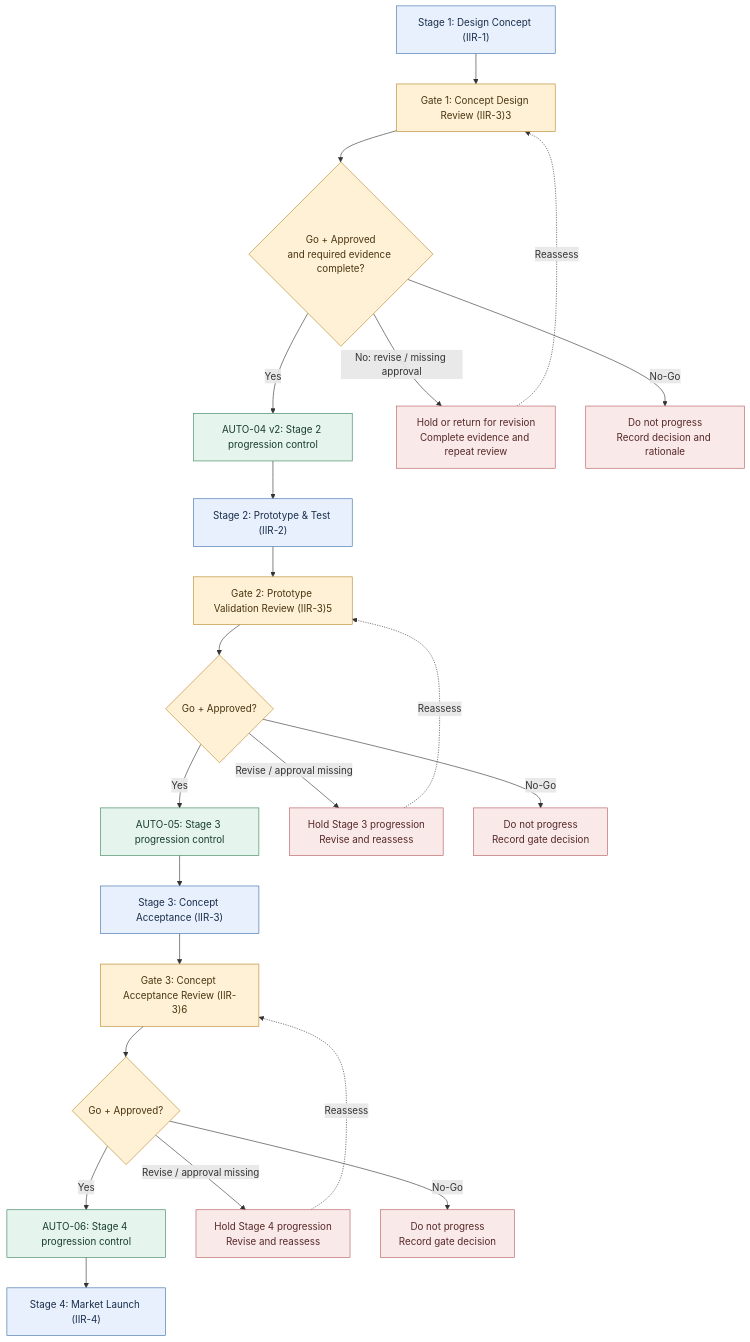
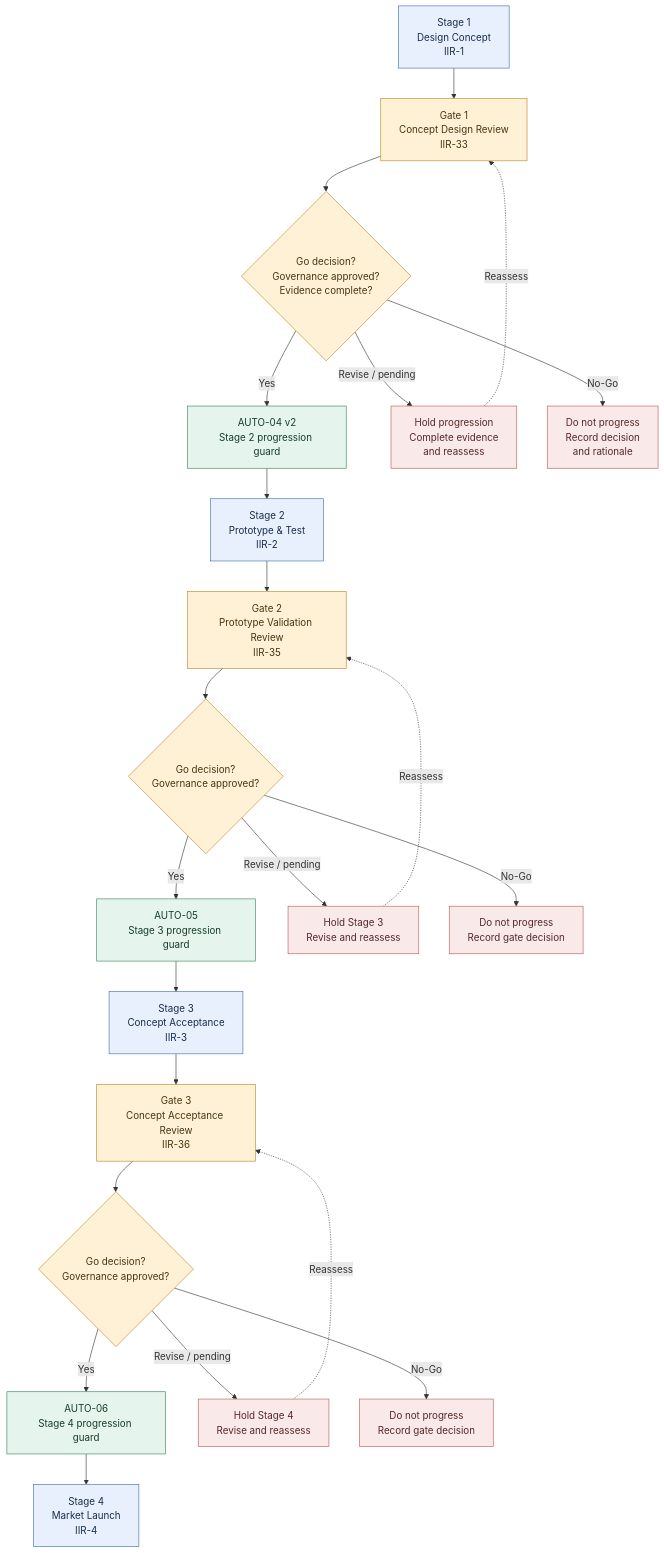
Before and after one commit to VahidMohammadii/innovation-management-system-jira: the first of 2 diagrams in 01-system-design/conceptual-stage-gate-flow.md, drawn with Mermaid. The commit also changed other lines of this file, not shown here.

Commit message:
docs: wrap Mermaid labels and correct gate IDs and observed test wording

````diff
--- a/01-system-design/conceptual-stage-gate-flow.md
+++ b/01-system-design/conceptual-stage-gate-flow.md
@@ -7,35 +7,35 @@
 ```mermaid
 flowchart TD
-    S1["Stage 1: Design Concept (IIR-1)"] --> G1["Gate 1: Concept Design Review (IIR-3)3"]
-    G1 --> D1{"Go + Approved<br/>and required evidence complete?"}
-    D1 -- Yes --> C2["AUTO-04 v2: Stage 2 progression control"]
-    C2 --> S2["Stage 2: Prototype & Test (IIR-2)"]
-    D1 -- "No: revise / missing approval" --> R1["Hold or return for revision<br/>Complete evidence and repeat review"]
+    S1["Stage 1<br/>Design Concept<br/>IIR-1"] --> G1["Gate 1<br/>Concept Design Review<br/>IIR-33"]
+    G1 --> D1{"Go decision?<br/>Governance approved?<br/>Evidence complete?"}
+    D1 -- Yes --> C2["AUTO-04 v2<br/>Stage 2 progression guard"]
+    C2 --> S2["Stage 2<br/>Prototype & Test<br/>IIR-2"]
+    D1 -- "Revise / pending" --> R1["Hold progression<br/>Complete evidence<br/>and reassess"]
     R1 -. Reassess .-> G1
-    D1 -- "No-Go" --> N1["Do not progress<br/>Record decision and rationale"]
+    D1 -- No-Go --> N1["Do not progress<br/>Record decision<br/>and rationale"]
 
-    S2 --> G2["Gate 2: Prototype Validation Review (IIR-3)5"]
-    G2 --> D2{"Go + Approved?"}
-    D2 -- Yes --> C3["AUTO-05: Stage 3 progression control"]
-    C3 --> S3["Stage 3: Concept Acceptance (IIR-3)"]
-    D2 -- "Revise / approval missing" --> R2["Hold Stage 3 progression<br/>Revise and reassess"]
+    S2 --> G2["Gate 2<br/>Prototype Validation Review<br/>IIR-35"]
+    G2 --> D2{"Go decision?<br/>Governance approved?"}
+    D2 -- Yes --> C3["AUTO-05<br/>Stage 3 progression guard"]
+    C3 --> S3["Stage 3<br/>Concept Acceptance<br/>IIR-3"]
+    D2 -- "Revise / pending" --> R2["Hold Stage 3<br/>Revise and reassess"]
     R2 -. Reassess .-> G2
     D2 -- No-Go --> N2["Do not progress<br/>Record gate decision"]
 
-    S3 --> G3["Gate 3: Concept Acceptance Review (IIR-3)6"]
-    G3 --> D3{"Go + Approved?"}
-    D3 -- Yes --> C4["AUTO-06: Stage 4 progression control"]
-    C4 --> S4["Stage 4: Market Launch (IIR-4)"]
-    D3 -- "Revise / approval missing" --> R3["Hold Stage 4 progression<br/>Revise and reassess"]
+    S3 --> G3["Gate 3<br/>Concept Acceptance Review<br/>IIR-36"]
+    G3 --> D3{"Go decision?<br/>Governance approved?"}
+    D3 -- Yes --> C4["AUTO-06<br/>Stage 4 progression guard"]
+    C4 --> S4["Stage 4<br/>Market Launch<br/>IIR-4"]
+    D3 -- "Revise / pending" --> R3["Hold Stage 4<br/>Revise and reassess"]
     R3 -. Reassess .-> G3
     D3 -- No-Go --> N3["Do not progress<br/>Record gate decision"]
 
     classDef stage fill:#E8F0FE,stroke:#3B6EA8,color:#182D49
     classDef gate fill:#FFF1D6,stroke:#B88625,color:#493611
     classDef control fill:#E5F4EC,stroke:#39835B,color:#173D2B
     classDef hold fill:#F9E9E9,stroke:#B75B5B,color:#572828
     class S1,S2,S3,S4 stage
     class G1,G2,G3,D1,D2,D3 gate
     class C2,C3,C4 control
     class R1,R2,R3,N1,N2,N3 hold
 ```
````
